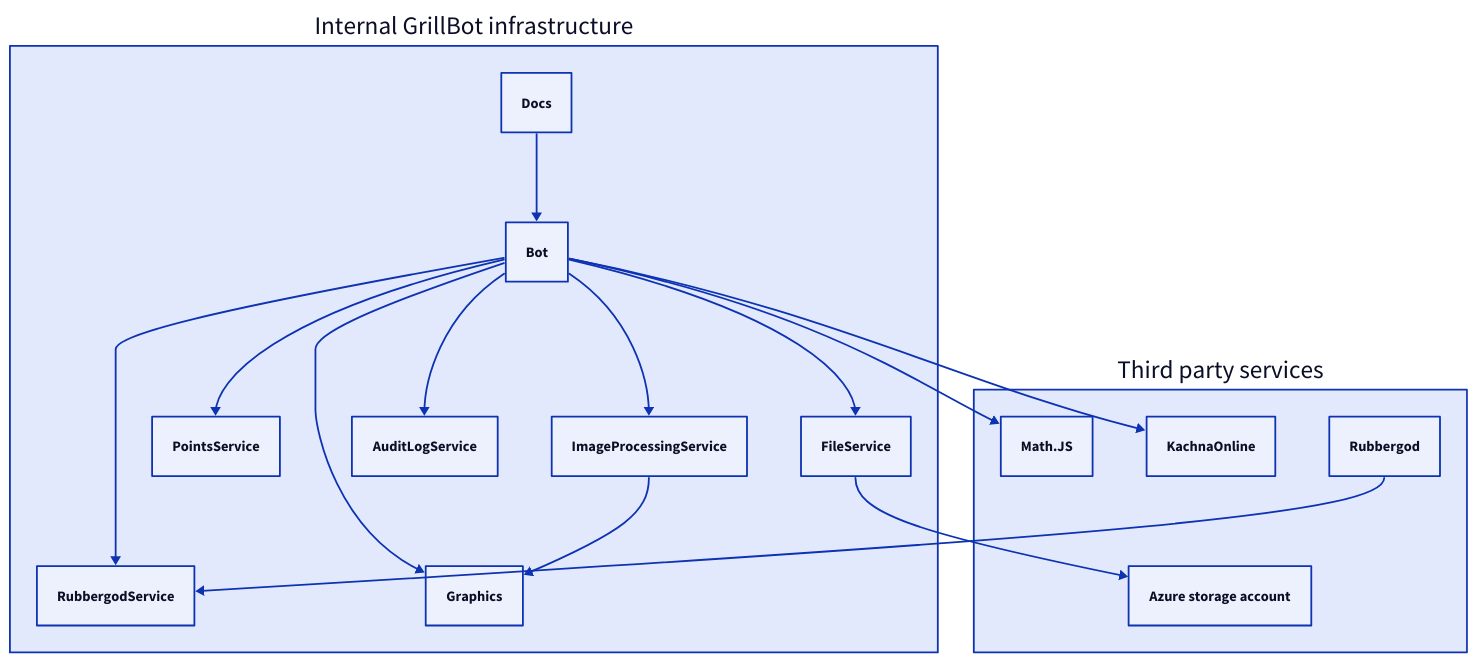
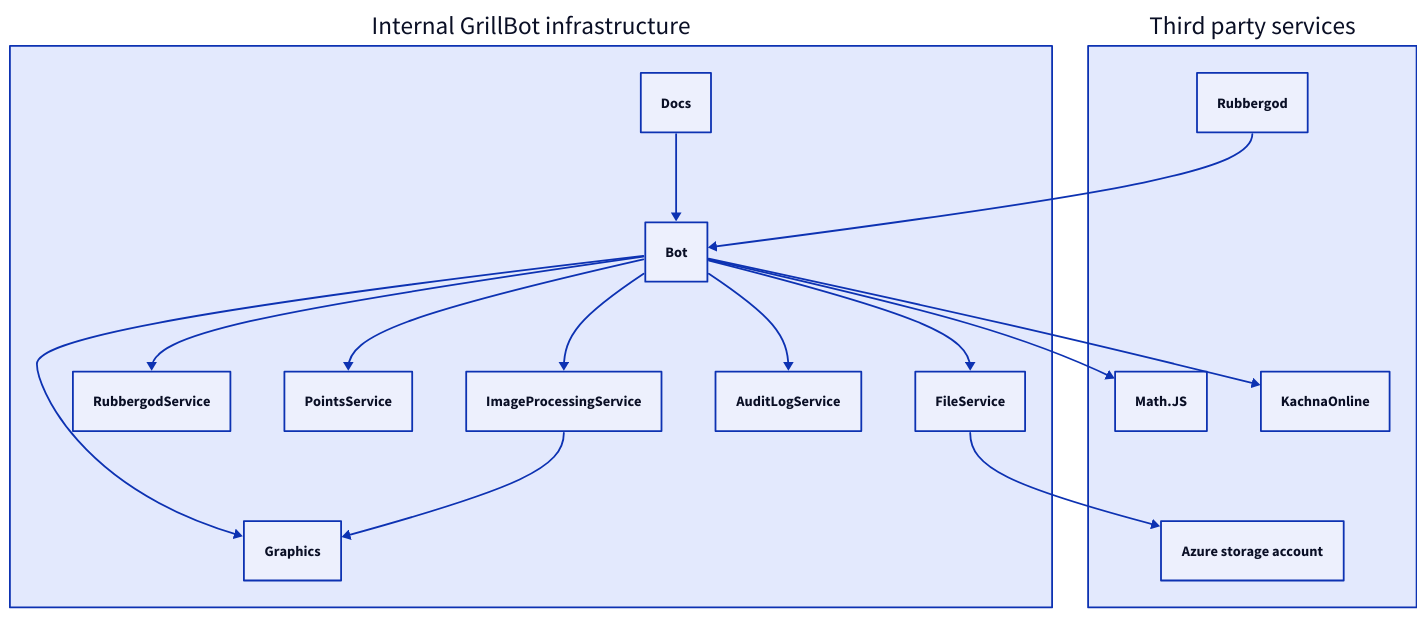
Before and after one commit to GrillBot/grillbot-docs: the diagram in data/communication.d2, drawn with D2. The commit also changed 1 other file, not shown here.

```diff
--- a/data/communication.d2
+++ b/data/communication.d2
@@ -1,17 +1,17 @@
 Internal GrillBot infrastructure.Bot -> Third party services.Math\.JS
 Internal GrillBot infrastructure.Bot -> Third party services.KachnaOnline
 
-Third party services.Rubbergod -> Internal GrillBot infrastructure.RubbergodService
+Third party services.Rubbergod -> Internal GrillBot infrastructure.Bot
 
 Internal GrillBot infrastructure.FileService -> Third party services.Azure storage account
 
 Internal GrillBot infrastructure.Docs -> Internal GrillBot infrastructure.Bot
 
 Internal GrillBot infrastructure.Bot -> Internal GrillBot infrastructure.Graphics
 Internal GrillBot infrastructure.Bot -> Internal GrillBot infrastructure.RubbergodService
 Internal GrillBot infrastructure.Bot -> Internal GrillBot infrastructure.PointsService
 Internal GrillBot infrastructure.Bot -> Internal GrillBot infrastructure.FileService
 Internal GrillBot infrastructure.Bot -> Internal GrillBot infrastructure.ImageProcessingService
 Internal GrillBot infrastructure.Bot -> Internal GrillBot infrastructure.AuditLogService
 
 Internal GrillBot infrastructure.ImageProcessingService -> Internal GrillBot infrastructure.Graphics
```
